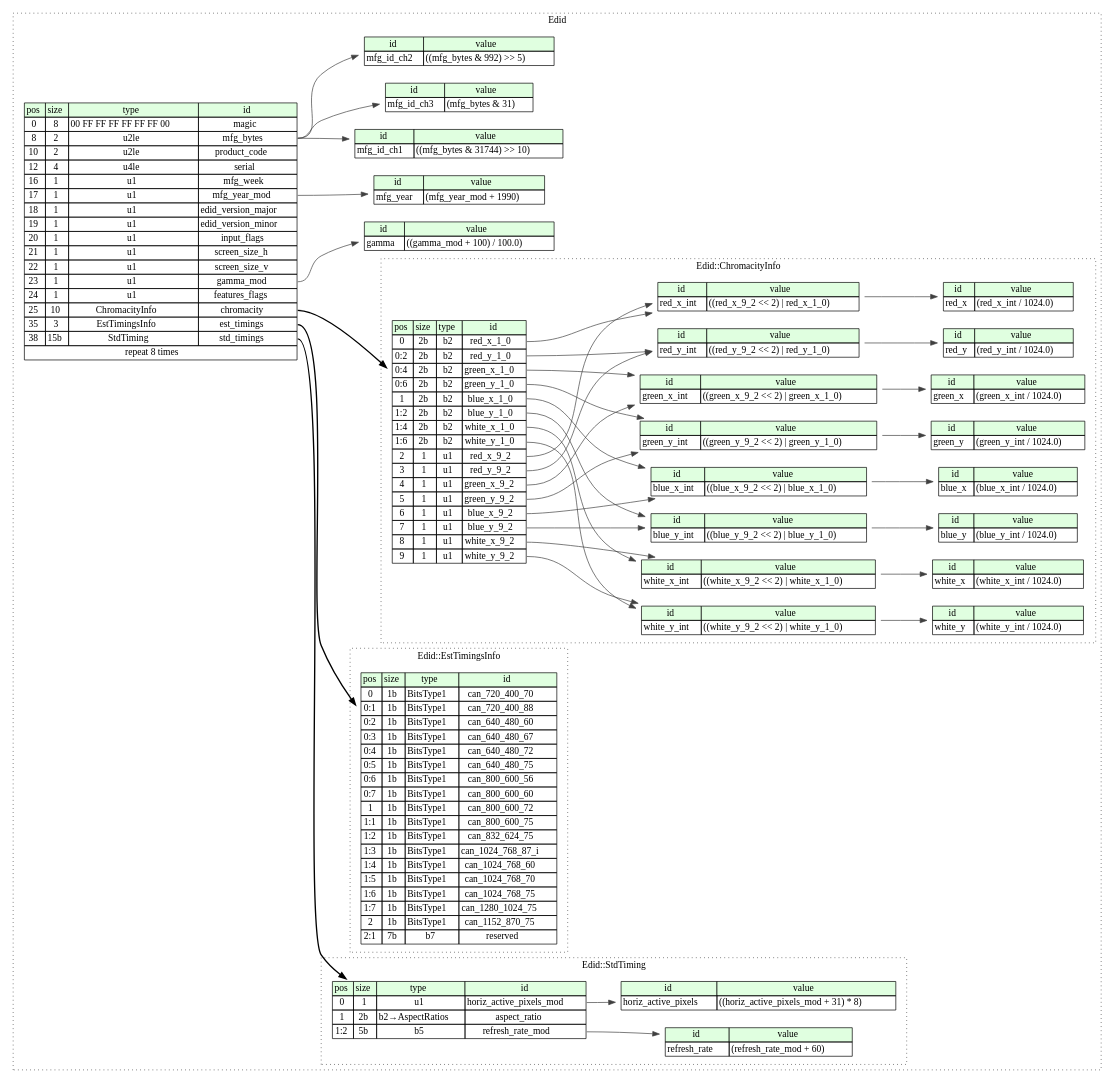
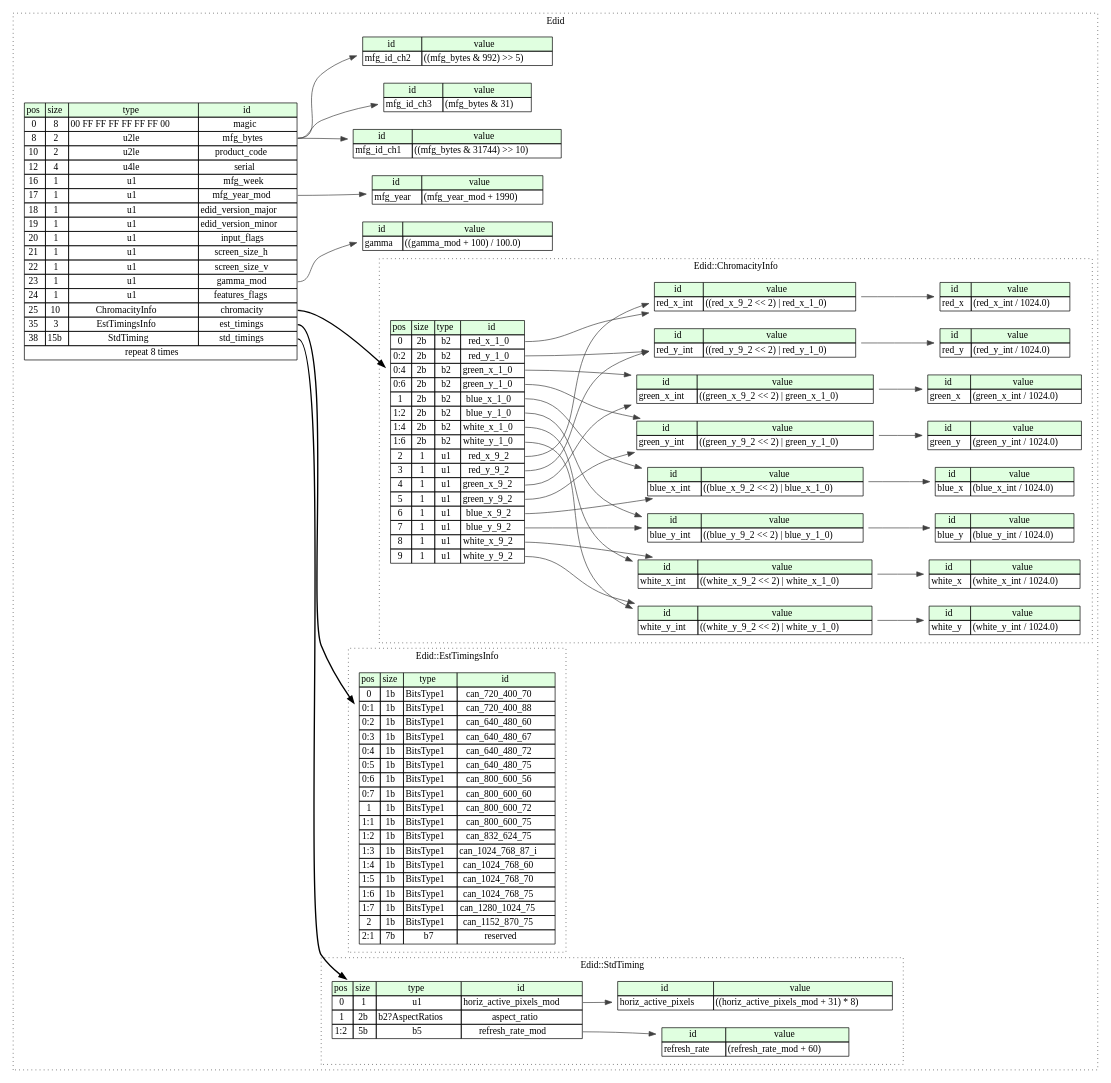
One commit to kaitai-io/formats-kaitai-io.github.io changed the diagram in edid/src/graphviz/edid.dot. Above: the diagram before and after it, drawn with Graphviz. The commit also changed 589 other files, not shown here.

```diff
--- a/edid/src/graphviz/edid.dot
+++ b/edid/src/graphviz/edid.dot
@@ -166,7 +166,7 @@
 			std_timing__seq [label=<<TABLE BORDER="0" CELLBORDER="1" CELLSPACING="0">
 				<TR><TD BGCOLOR="#E0FFE0">pos</TD><TD BGCOLOR="#E0FFE0">size</TD><TD BGCOLOR="#E0FFE0">type</TD><TD BGCOLOR="#E0FFE0">id</TD></TR>
 				<TR><TD PORT="horiz_active_pixels_mod_pos">0</TD><TD PORT="horiz_active_pixels_mod_size">1</TD><TD>u1</TD><TD PORT="horiz_active_pixels_mod_type">horiz_active_pixels_mod</TD></TR>
-				<TR><TD PORT="aspect_ratio_pos">1</TD><TD PORT="aspect_ratio_size">2b</TD><TD>b2→AspectRatios</TD><TD PORT="aspect_ratio_type">aspect_ratio</TD></TR>
+				<TR><TD PORT="aspect_ratio_pos">1</TD><TD PORT="aspect_ratio_size">2b</TD><TD>b2?AspectRatios</TD><TD PORT="aspect_ratio_type">aspect_ratio</TD></TR>
 				<TR><TD PORT="refresh_rate_mod_pos">1:2</TD><TD PORT="refresh_rate_mod_size">5b</TD><TD>b5</TD><TD PORT="refresh_rate_mod_type">refresh_rate_mod</TD></TR>
 			</TABLE>>];
 			std_timing__inst__horiz_active_pixels [label=<<TABLE BORDER="0" CELLBORDER="1" CELLSPACING="0">
```
